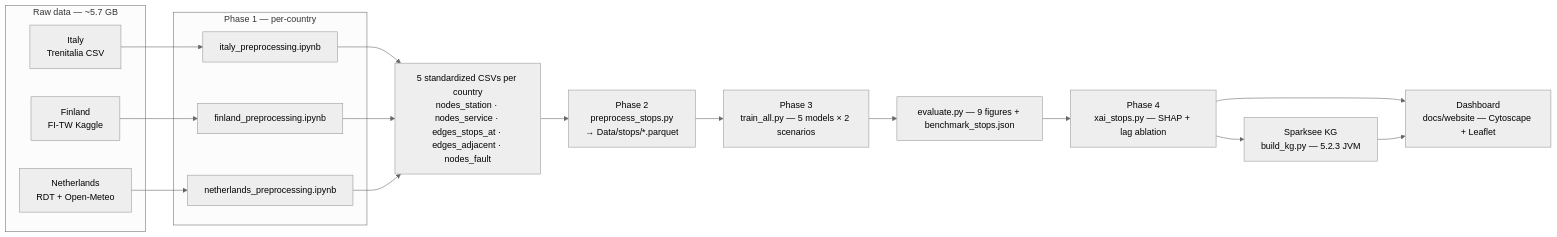
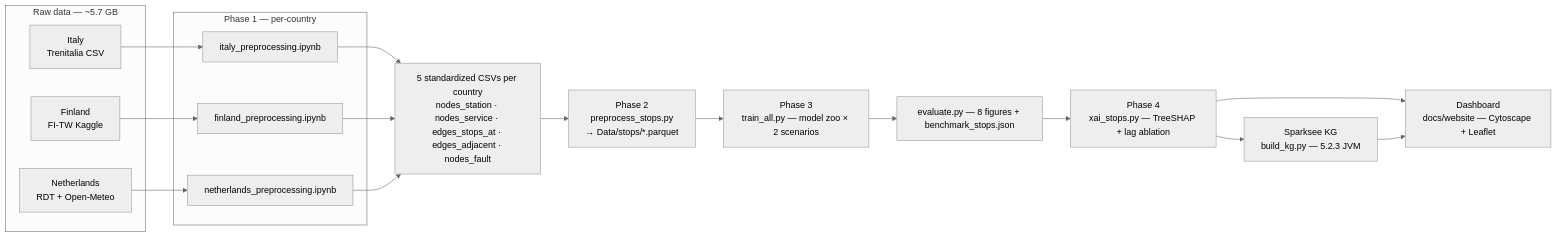
Before and after one commit to Zhiqian-Zhou/Sparsity-TravelWise: the first of 2 diagrams in technical_report.md, drawn with Mermaid (neutral theme). The commit also changed other lines of this file and 91 other files, not shown here.

````diff
--- a/technical_report.md
+++ b/technical_report.md
@@ -20,26 +20,26 @@
 ```mermaid
 flowchart LR
     subgraph RAW [Raw data — ~5.7 GB]
         IT[Italy<br/>Trenitalia CSV]
         FI[Finland<br/>FI-TW Kaggle]
         NL[Netherlands<br/>RDT + Open-Meteo]
     end
 
     subgraph P1 [Phase 1 — per-country]
         IT --> NB1[italy_preprocessing.ipynb]
         FI --> NB2[finland_preprocessing.ipynb]
         NL --> NB3[netherlands_preprocessing.ipynb]
     end
 
     NB1 --> CDM[5 standardized CSVs per country<br/>nodes_station · nodes_service · edges_stops_at · edges_adjacent · nodes_fault]
     NB2 --> CDM
     NB3 --> CDM
 
     CDM --> P2[Phase 2<br/>preprocess_stops.py<br/>→ Data/stops/*.parquet]
-    P2 --> P3[Phase 3<br/>train_all.py — 5 models × 2 scenarios]
-    P3 --> EV[evaluate.py — 9 figures + benchmark_stops.json]
-    EV --> P4[Phase 4<br/>xai_stops.py — SHAP + lag ablation]
+    P2 --> P3[Phase 3<br/>train_all.py — model zoo × 2 scenarios]
+    P3 --> EV[evaluate.py — 8 figures + benchmark_stops.json]
+    EV --> P4[Phase 4<br/>xai_stops.py — TreeSHAP + lag ablation]
     P4 --> KG[Sparksee KG<br/>build_kg.py — 5.2.3 JVM]
     P4 --> DASH[Dashboard<br/>docs/website — Cytoscape + Leaflet]
     KG --> DASH
 ```
````
